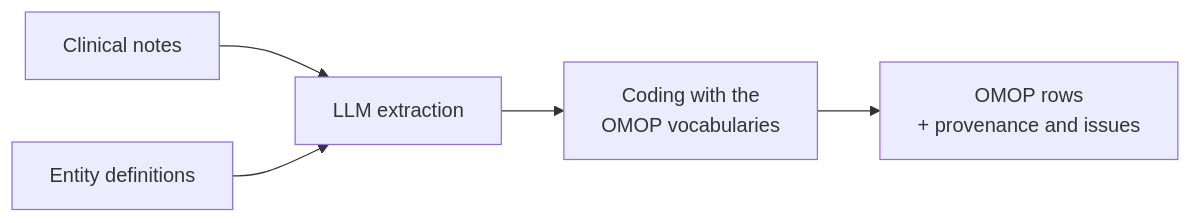
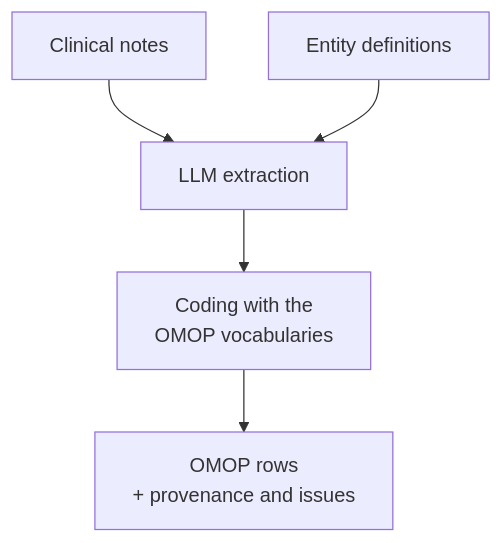
The diagram in docs/getting-started/quick_start_omop.md (precisiondata/aatm), drawn with Mermaid before and after one commit. The commit also changed 5 other files, not shown here.

First line of the commit message:
docs: lay the Mermaid diagrams out top to bottom

````diff
--- a/docs/getting-started/quick_start_omop.md
+++ b/docs/getting-started/quick_start_omop.md
@@ -8,7 +8,7 @@
 ```mermaid
-flowchart LR
+flowchart TB
     A[Clinical notes] --> B[LLM extraction]
     D[Entity definitions] --> B
     B --> C[Coding with the<br/>OMOP vocabularies]
     C --> E[OMOP rows<br/>+ provenance and issues]
 ```
````
